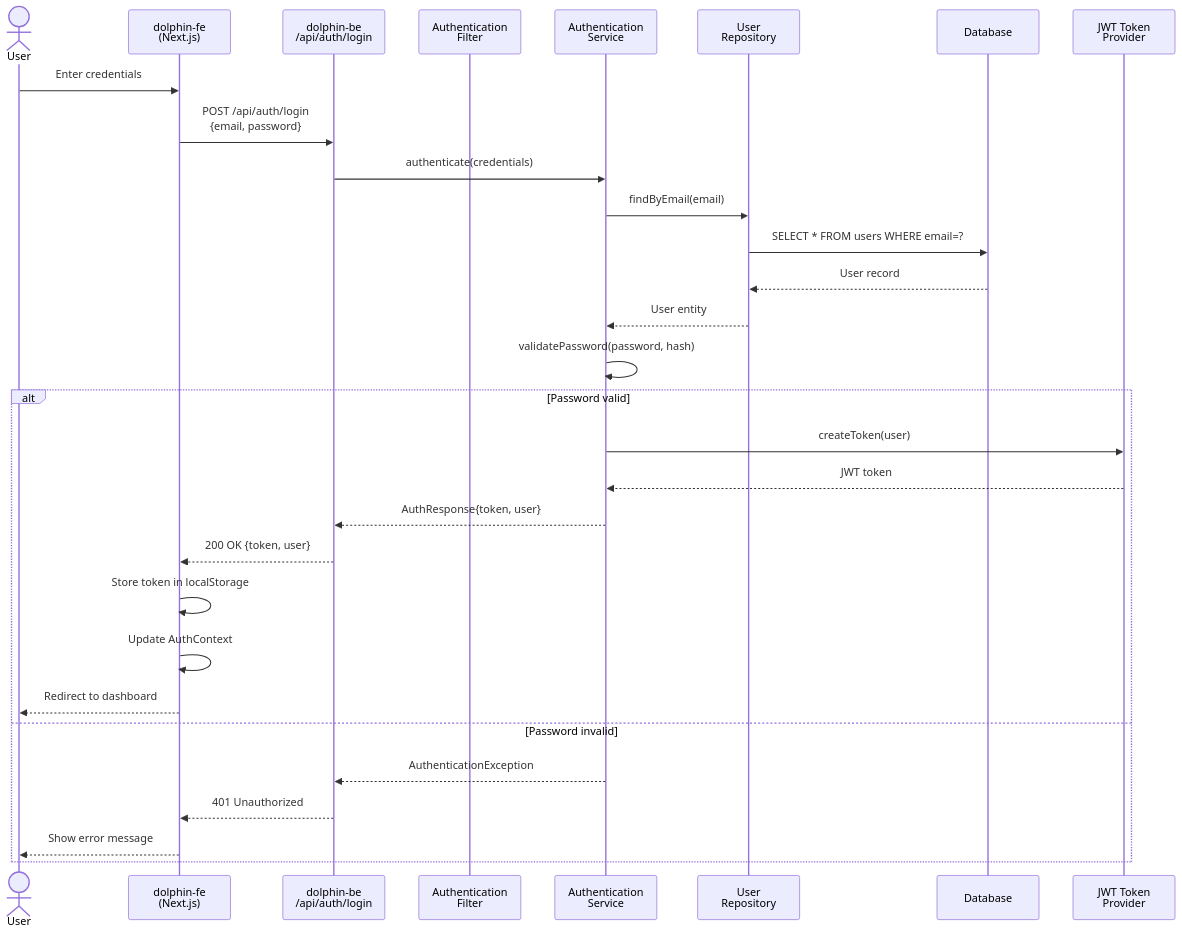
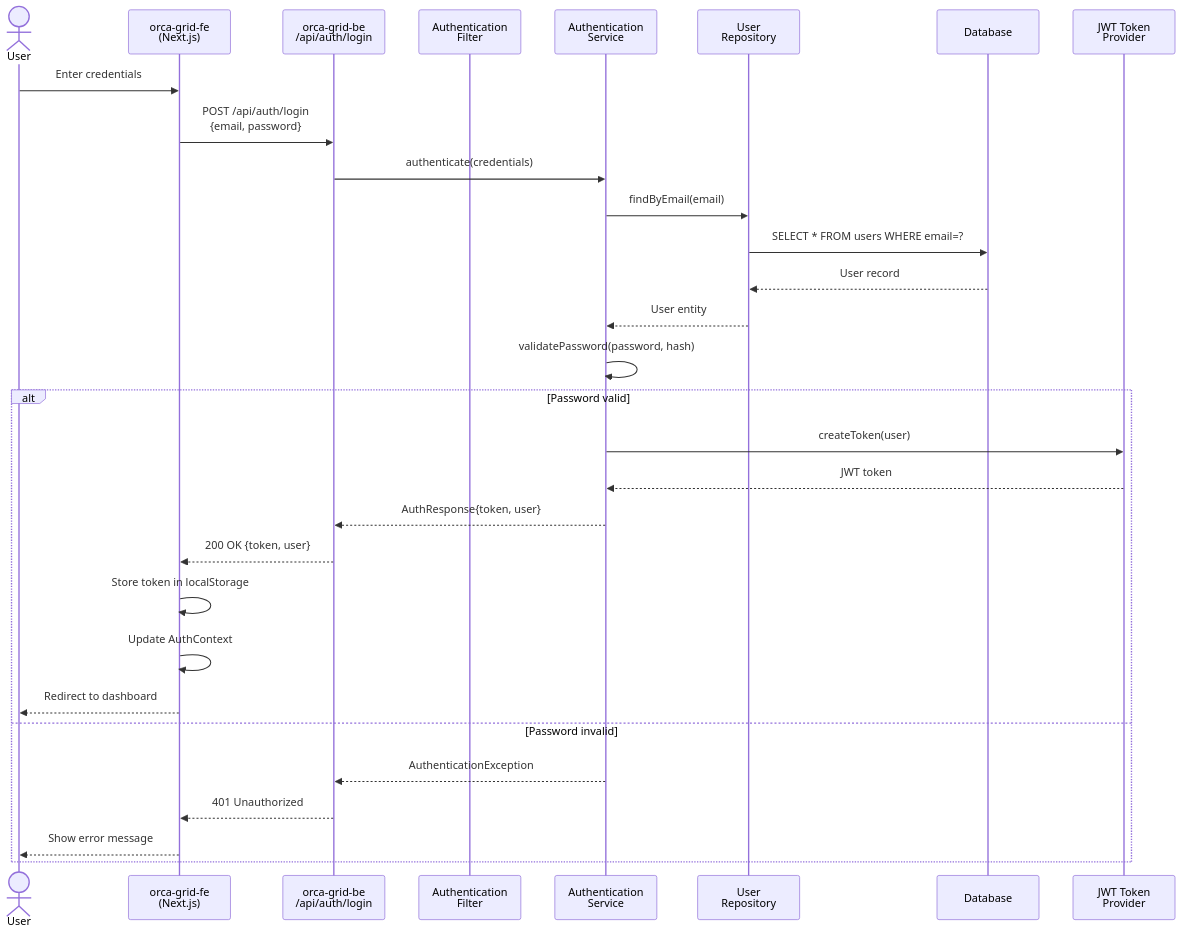
One commit to wahidyankf/open-sharia-enterprise changed diagram 15 of 21 in docs/reference/re__system-architecture.md. Above: the diagram before and after it, drawn with Mermaid. The commit also changed other lines of this file and 20 other files, not shown here.

````diff
--- a/docs/reference/re__system-architecture.md
+++ b/docs/reference/re__system-architecture.md
@@ -1230,33 +1230,33 @@
 ```mermaid
 sequenceDiagram
     actor User
-    participant FE as dolphin-fe<br/>(Next.js)
-    participant AuthAPI as dolphin-be<br/>/api/auth/login
+    participant FE as orca-grid-fe<br/>(Next.js)
+    participant AuthAPI as orca-grid-be<br/>/api/auth/login
     participant AuthFilter as Authentication<br/>Filter
     participant AuthService as Authentication<br/>Service
     participant UserRepo as User<br/>Repository
     participant DB as Database
     participant JWT as JWT Token<br/>Provider
 
     User->>FE: Enter credentials
     FE->>AuthAPI: POST /api/auth/login<br/>{email, password}
     AuthAPI->>AuthService: authenticate(credentials)
     AuthService->>UserRepo: findByEmail(email)
     UserRepo->>DB: SELECT * FROM users WHERE email=?
     DB-->>UserRepo: User record
     UserRepo-->>AuthService: User entity
     AuthService->>AuthService: validatePassword(password, hash)
     alt Password valid
         AuthService->>JWT: createToken(user)
         JWT-->>AuthService: JWT token
         AuthService-->>AuthAPI: AuthResponse{token, user}
         AuthAPI-->>FE: 200 OK {token, user}
         FE->>FE: Store token in localStorage
         FE->>FE: Update AuthContext
         FE-->>User: Redirect to dashboard
     else Password invalid
         AuthService-->>AuthAPI: AuthenticationException
         AuthAPI-->>FE: 401 Unauthorized
         FE-->>User: Show error message
     end
 ```
````
